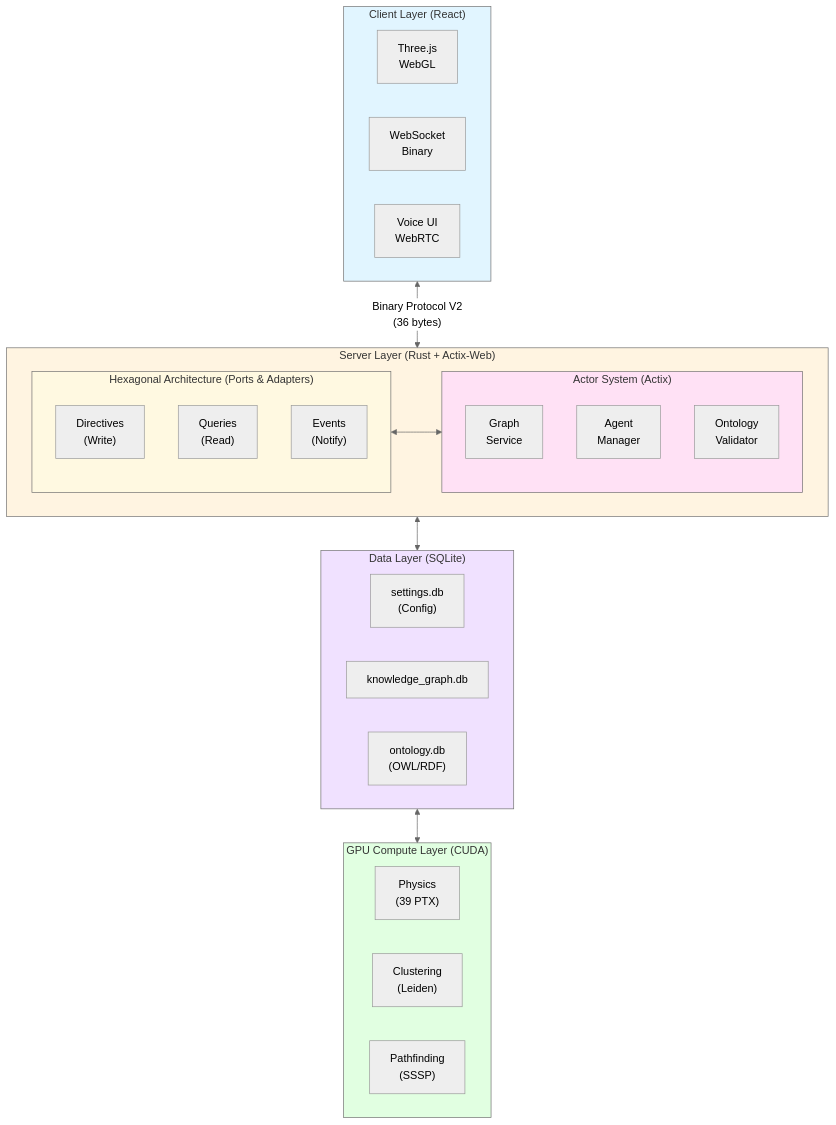
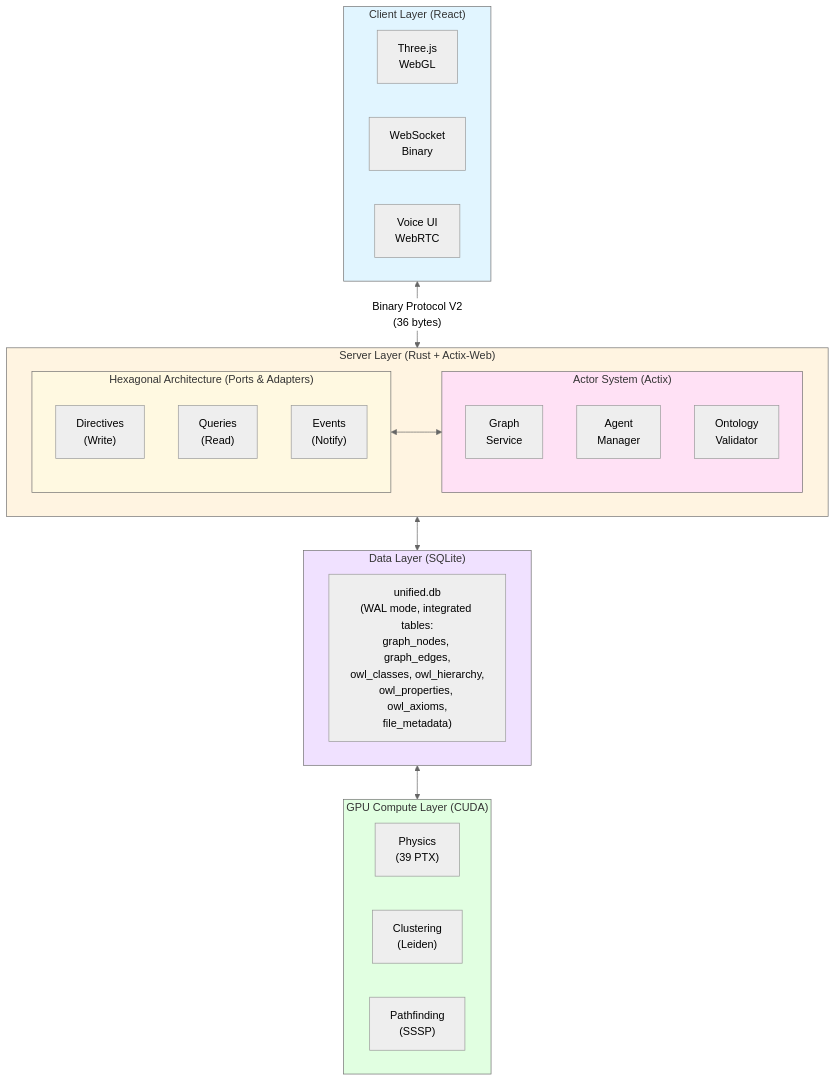
The first of 2 diagrams in README.md (DreamLab-AI/VisionFlow), drawn with Mermaid (neutral theme) before and after one commit. The commit also changed other lines of this file and 2 other files, not shown here.

First line of the commit message:
docs: Document critical graph_edges schema fix (Nov 2, 2025)

````diff
--- a/README.md
+++ b/README.md
@@ -216,49 +216,47 @@
 ```mermaid
 graph TB
     subgraph Client["Client Layer (React)"]
         ThreeJS["Three.js<br/>WebGL"]
         WS["WebSocket<br/>Binary"]
         Voice["Voice UI<br/>WebRTC"]
     end
 
     Client <-->|"Binary Protocol V2<br/>(36 bytes)"| Server
 
     subgraph Server["Server Layer (Rust + Actix-Web)"]
         subgraph Hexagonal["Hexagonal Architecture (Ports & Adapters)"]
             Directives["Directives<br/>(Write)"]
             Queries["Queries<br/>(Read)"]
             Events["Events<br/>(Notify)"]
         end
 
         subgraph Actors["Actor System (Actix)"]
             GraphService["Graph<br/>Service"]
             AgentMgr["Agent<br/>Manager"]
             OntologyVal["Ontology<br/>Validator"]
         end
 
         Hexagonal <--> Actors
     end
 
     Server <--> Data
 
     subgraph Data["Data Layer (SQLite)"]
-        SettingsDB["settings.db<br/>(Config)"]
-        KnowledgeDB["knowledge_graph.db"]
-        OntologyDB["ontology.db<br/>(OWL/RDF)"]
+        UnifiedDB["unified.db<br/>(WAL mode, integrated tables:<br/>graph_nodes, graph_edges,<br/>owl_classes, owl_hierarchy,<br/>owl_properties, owl_axioms,<br/>file_metadata)"]
     end
 
     Data <--> GPU
 
     subgraph GPU["GPU Compute Layer (CUDA)"]
         Physics["Physics<br/>(39 PTX)"]
         Clustering["Clustering<br/>(Leiden)"]
         Pathfinding["Pathfinding<br/>(SSSP)"]
     end
 
     style Client fill:#e1f5ff
     style Server fill:#fff4e1
     style Data fill:#f0e1ff
     style GPU fill:#e1ffe1
     style Hexagonal fill:#fff9e1
     style Actors fill:#ffe1f5
 ```
````
